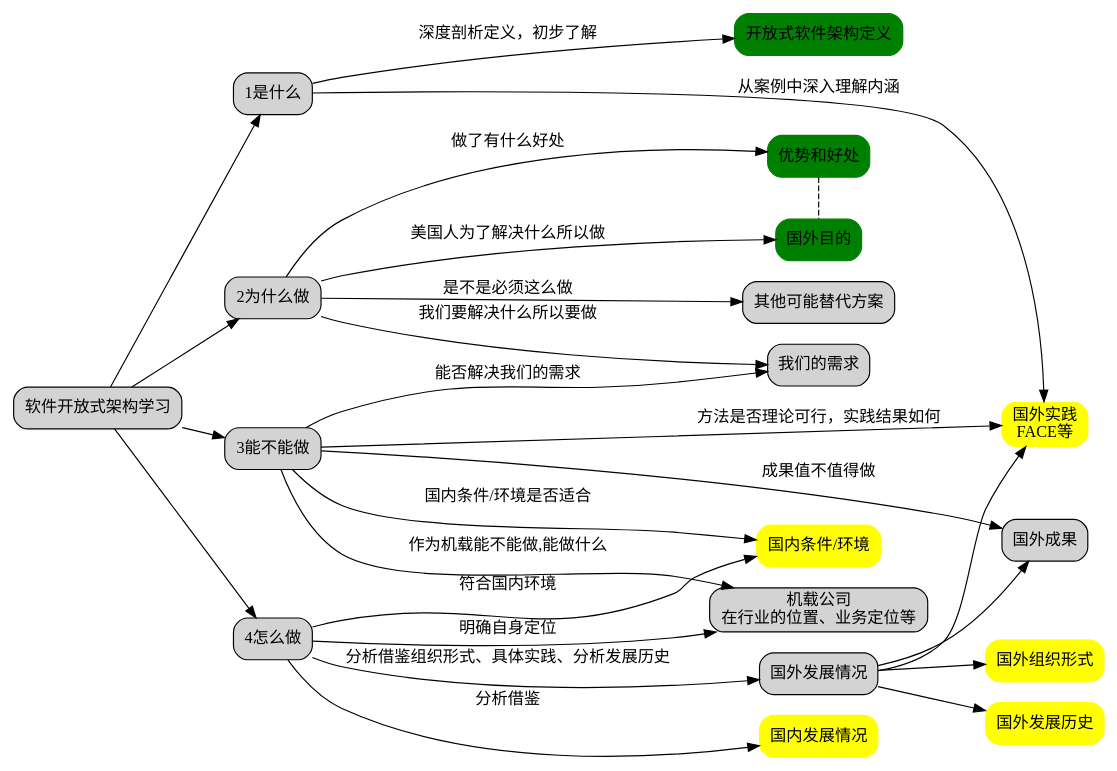
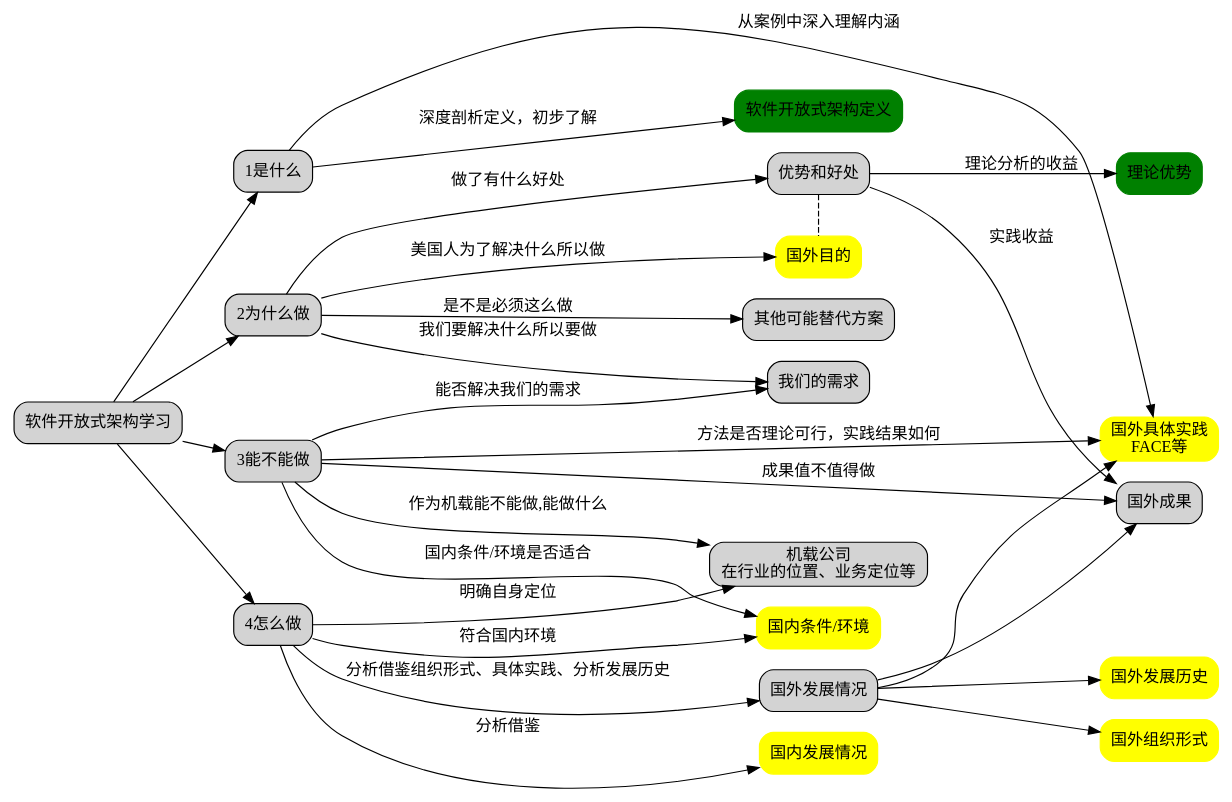
Before and after one commit to chaozhang2000/soa: the diagram in parts/silu.dot, drawn with Graphviz.

```diff
--- a/parts/silu.dot
+++ b/parts/silu.dot
@@ -1,65 +1,70 @@
 digraph G {
   graph [rankdir=LR,compound=true];
   node [shape=box, style="rounded,filled"];
 
 //国外情况
 SOA_Background_Abord[label="国外发展情况"]
 guoneifazhan[label="国内发展情况",color=yellow]
 SOA_Background_Abord1[label="国外组织形式",color=yellow]
 {rank=same;SOA_Background_Abord;SOA_benifits}
-guowaianli[label="国外实践\nFACE等",color=yellow]
+guowaianli[label="国外具体实践\nFACE等",color=yellow]
 guowaichengguo[label="国外成果"]
 //guowaitiaojian[label="国外发展条件(环境)"]
-guowaimudi[label="国外目的",color=green]
+guowaimudi[label="国外目的",color=yellow]
 guowailishi[label="国外发展历史",color=yellow]
 SOA_Background_Abord->SOA_Background_Abord1
 SOA_Background_Abord->guowaianli
 SOA_Background_Abord->guowaichengguo
 SOA_Background_Abord->guowailishi
 
 SOA[label="软件开放式架构学习"]
 What[label="1是什么"]
 Why[label="2为什么做"]
 CAN_or_Not[label="3能不能做"]
 HOW[label="4怎么做"]
+{rank=same;What;Why;CAN_or_Not;HOW}
+What->Why->CAN_or_Not->HOW[style=invis]
 
 SOA->What
 SOA->Why
 SOA->CAN_or_Not
 SOA->HOW
 
 
 //What
-SOA_definition[label="开放式软件架构定义",color=green]
+SOA_definition[label="软件开放式架构定义",color=green]
 What->SOA_definition[label="深度剖析定义，初步了解"]
 What->guowaianli[label="从案例中深入理解内涵"]
 
 //Why
-SOA_benifits[label="优势和好处",color=green];
+SOA_benifits[label="优势和好处"];
+lilunyoushi[label="理论优势",color=green]
 Our_requestment[label="我们的需求"];
 Other_methods[label="其他可能替代方案"]
 {rank=same;SOA_benifits;guowaimudi}
 SOA_benifits->guowaimudi[dir=none;style=dashed]
+SOA_benifits->guowaichengguo[label="实践收益"]
+SOA_benifits->lilunyoushi[label="理论分析的收益"]
 Why->guowaimudi[label="美国人为了解决什么所以做"]
 Why->Our_requestment[label="我们要解决什么所以要做"]
 Why->Other_methods[label="是不是必须这么做"]
 Why->SOA_benifits[label="做了有什么好处"]
 
 
 
 //CAN
 guoneitiaojian[label="国内条件/环境",color=yellow]
 jizai[label="机载公司\n在行业的位置、业务定位等"]
 
 CAN_or_Not ->guowaianli[label="方法是否理论可行，实践结果如何"]
 CAN_or_Not ->guowaichengguo[label="成果值不值得做"]
 CAN_or_Not->Our_requestment[label="能否解决我们的需求"]
 CAN_or_Not->guoneitiaojian[label="国内条件/环境是否适合"]
 CAN_or_Not->jizai[label="作为机载能不能做,能做什么"]
 
 //HOW
 HOW->SOA_Background_Abord[label="分析借鉴组织形式、具体实践、分析发展历史"]
 HOW->guoneitiaojian[label="符合国内环境"]
 HOW->jizai[label="明确自身定位"]
 HOW->guoneifazhan[label="分析借鉴"]
 }
```
